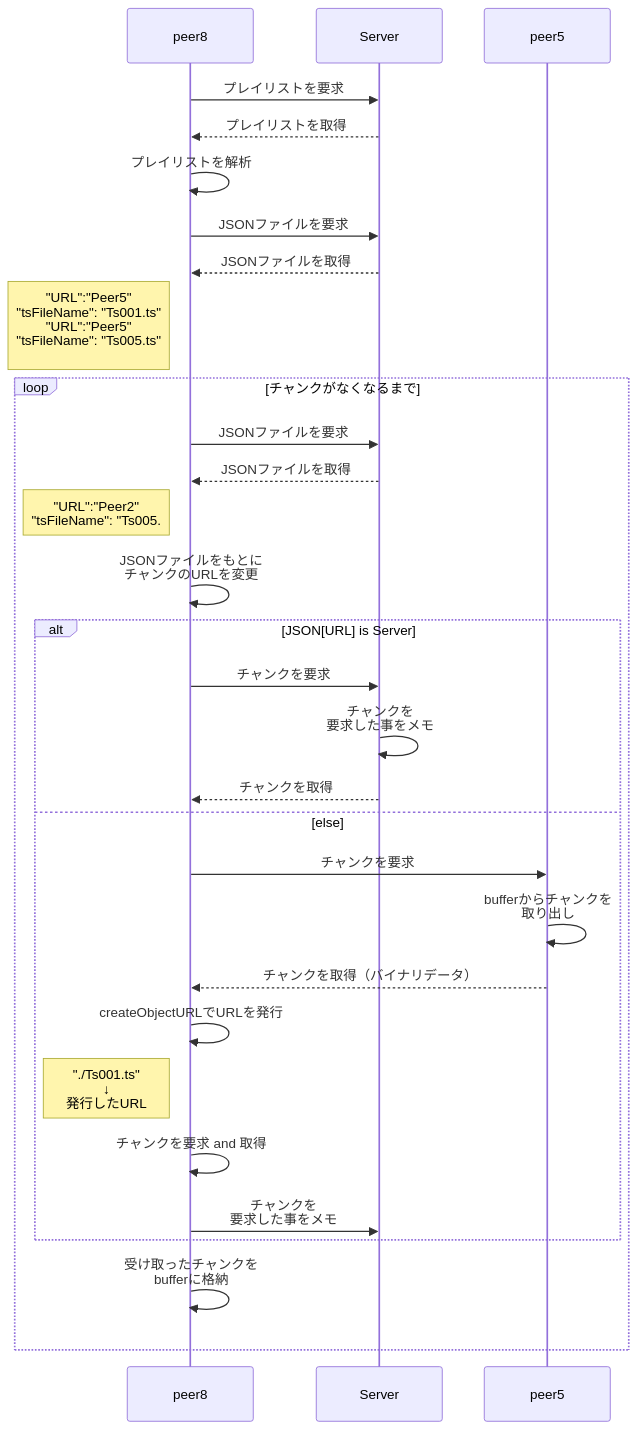
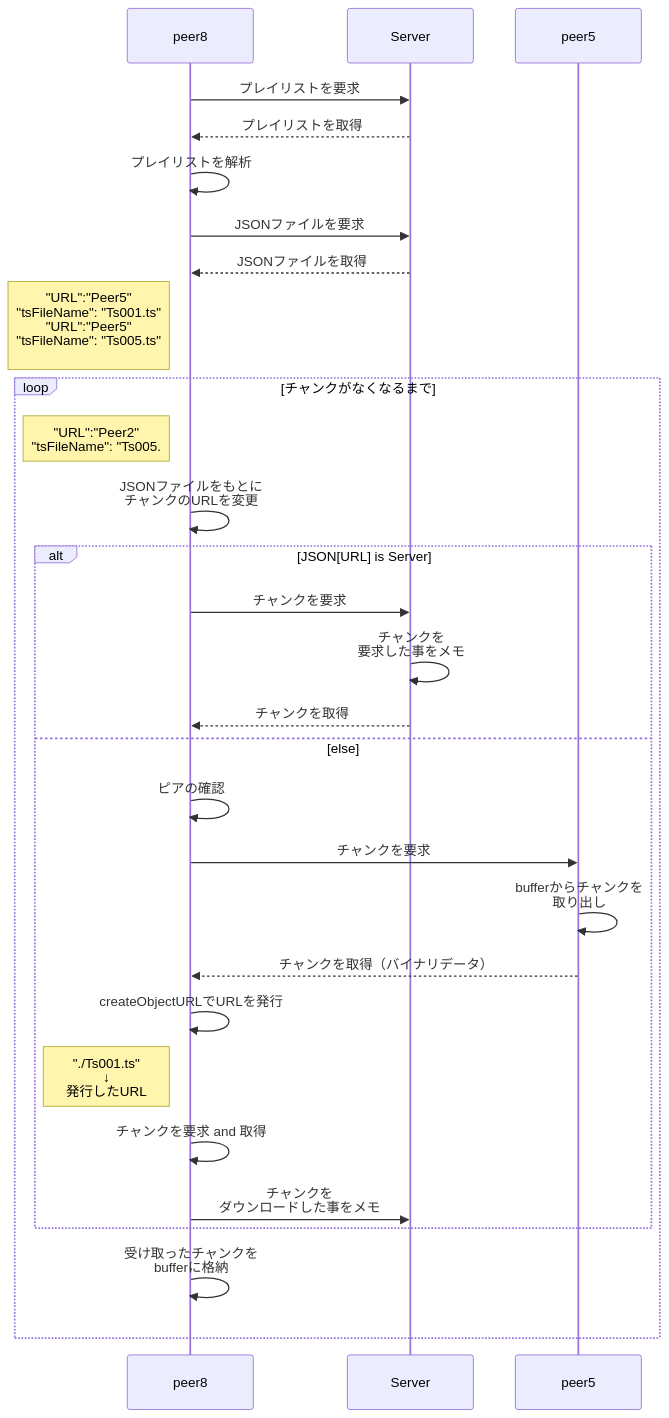
Before and after one commit to naokiChiba68688/fkmstc.github.io: the diagram in hlsjs/demo/test.md, drawn with Mermaid.

````diff
--- a/hlsjs/demo/test.md
+++ b/hlsjs/demo/test.md
@@ -1,29 +1,28 @@
 ```mermaid
 sequenceDiagram
 		peer8->>Server: プレイリストを要求
 		Server-->>peer8: プレイリストを取得
 		peer8->>peer8: プレイリストを解析
 		peer8->>Server: JSONファイルを要求
 		Server-->>peer8: JSONファイルを取得
 		Note left of peer8 : "URL":"Peer5"<br>"tsFileName": "Ts001.ts"<br>"URL":"Peer5"<br>"tsFileName": "Ts005.ts"<br>
 		loop チャンクがなくなるまで
-		peer8->>Server: JSONファイルを要求
-		Server-->>peer8: JSONファイルを取得
 		Note left of peer8 : "URL":"Peer2"<br>"tsFileName": "Ts005.
 		peer8->>peer8: JSONファイルをもとに<br>チャンクのURLを変更
 		alt JSON[URL] is Server
 		peer8->>Server: チャンクを要求
 		Server->>Server: チャンクを<br>要求した事をメモ
 		Server-->>peer8: チャンクを取得
 		else else
+		peer8->>peer8: ピアの確認
 		peer8->>peer5: チャンクを要求
 		peer5->>peer5: bufferからチャンクを<br>取り出し
 		peer5-->>peer8: チャンクを取得（バイナリデータ）
 		peer8->>peer8: createObjectURLでURLを発行
 		Note left of peer8 : "./Ts001.ts"<br>↓<br>発行したURL
 		peer8->>peer8: チャンクを要求 and 取得
-		peer8->>Server: チャンクを<br>要求した事をメモ
+		peer8->>Server: チャンクを<br>ダウンロードした事をメモ
 		end
 		peer8->>peer8: 受け取ったチャンクを<br>bufferに格納
 		end
 ```
````
